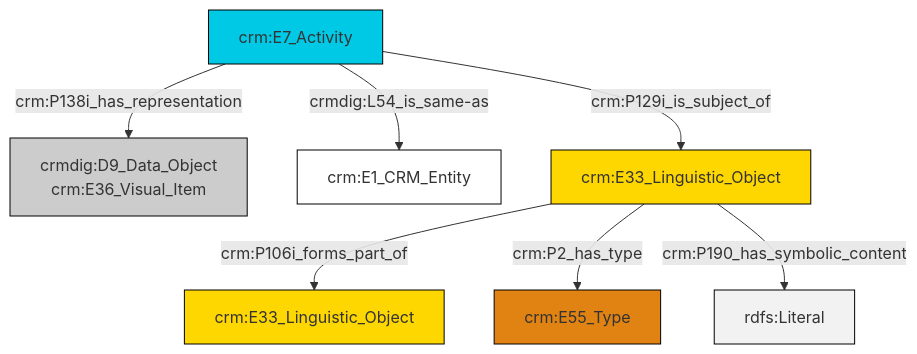
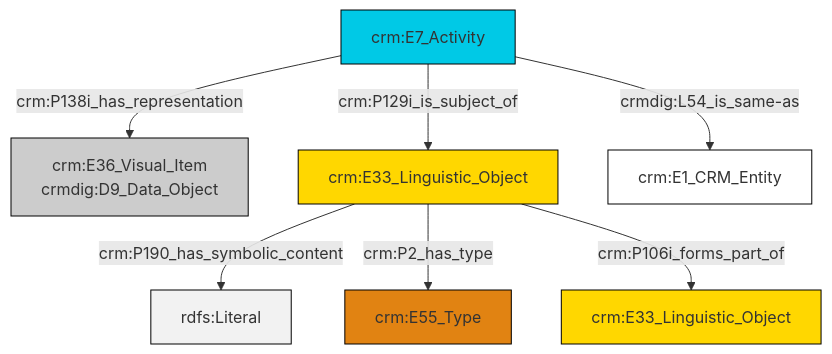
The diagram in et/eventCSV/ttl/mmd/event_documentation.ttl.mmd (swiss-art-research-net/docs.swissartresearch), drawn with Mermaid before and after one commit. The commit also changed 210 other files, not shown here.

```diff
--- a/et/eventCSV/ttl/mmd/event_documentation.ttl.mmd
+++ b/et/eventCSV/ttl/mmd/event_documentation.ttl.mmd
@@ -1,21 +1,21 @@
 graph TD
 classDef Literal fill:#f2f2f2,stroke:#000000;
 classDef CRM_Entity fill:#FFFFFF,stroke:#000000;
 classDef Temporal_Entity fill:#00C9E6, stroke:#000000;
 classDef Type fill:#E18312, stroke:#000000;
 classDef Time-Span fill:#2C9C91, stroke:#000000;
 classDef Appellation fill:#FFEB7F, stroke:#000000;
 classDef Place fill:#008836, stroke:#000000;
 classDef Persistent_Item fill:#B266B2, stroke:#000000;
 classDef Conceptual_Object fill:#FFD700, stroke:#000000;
 classDef Physical_Thing fill:#D2B48C, stroke:#000000;
 classDef Actor fill:#f58aad, stroke:#000000;
 classDef PC_Classes fill:#4ce600, stroke:#000000;
 classDef Multi fill:#cccccc,stroke:#000000;
 
-5["crm:E7_Activity"]:::Temporal_Entity -->|crmdig:L54_is_same-as| 6["crm:E1_CRM_Entity"]:::CRM_Entity
-7["crm:E33_Linguistic_Object"]:::Conceptual_Object -->|crm:P106i_forms_part_of| 3["crm:E33_Linguistic_Object"]:::Conceptual_Object
-7["crm:E33_Linguistic_Object"]:::Conceptual_Object -->|crm:P2_has_type| 8["crm:E55_Type"]:::Type
-5["crm:E7_Activity"]:::Temporal_Entity -->|crm:P138i_has_representation| 0["crmdig:D9_Data_Object<br>crm:E36_Visual_Item"]:::Multi
-7["crm:E33_Linguistic_Object"]:::Conceptual_Object -->|crm:P190_has_symbolic_content| 13[rdfs:Literal]:::Literal
-5["crm:E7_Activity"]:::Temporal_Entity -->|crm:P129i_is_subject_of| 7["crm:E33_Linguistic_Object"]:::Conceptual_Object
+2["crm:E33_Linguistic_Object"]:::Conceptual_Object -->|crm:P190_has_symbolic_content| 3[rdfs:Literal]:::Literal
+2["crm:E33_Linguistic_Object"]:::Conceptual_Object -->|crm:P2_has_type| 6["crm:E55_Type"]:::Type
+7["crm:E7_Activity"]:::Temporal_Entity -->|crmdig:L54_is_same-as| 4["crm:E1_CRM_Entity"]:::CRM_Entity
+2["crm:E33_Linguistic_Object"]:::Conceptual_Object -->|crm:P106i_forms_part_of| 9["crm:E33_Linguistic_Object"]:::Conceptual_Object
+7["crm:E7_Activity"]:::Temporal_Entity -->|crm:P138i_has_representation| 0["crm:E36_Visual_Item<br>crmdig:D9_Data_Object"]:::Multi
+7["crm:E7_Activity"]:::Temporal_Entity -->|crm:P129i_is_subject_of| 2["crm:E33_Linguistic_Object"]:::Conceptual_Object
```
